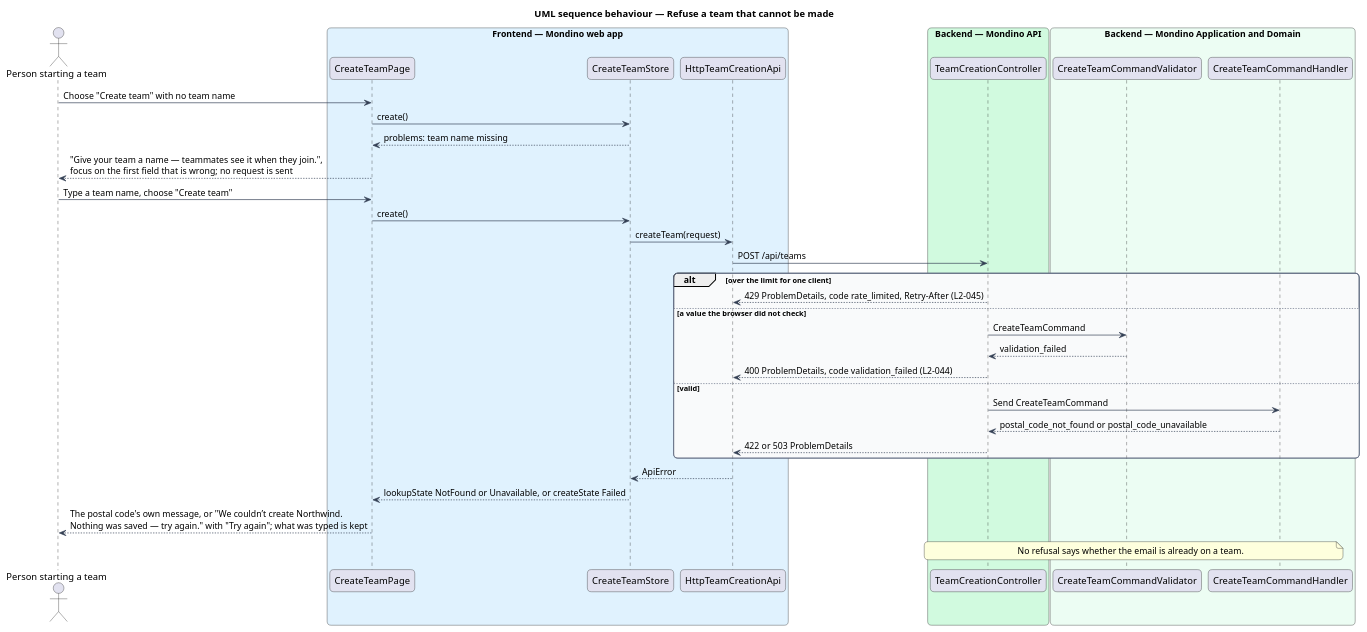
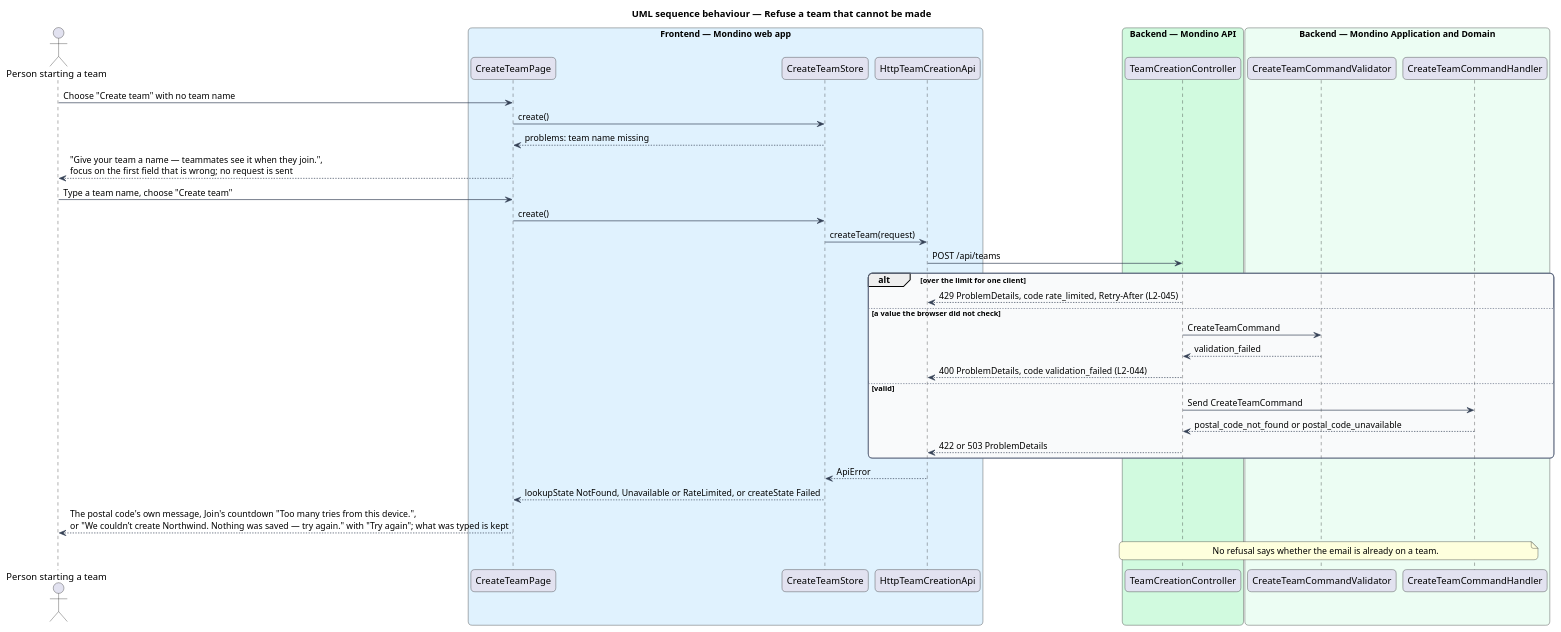
One commit to QuinntyneBrown/Mondino changed the diagram in docs/detailed-designs/joining/make-team/diagrams/sequence-refuse-team.puml. Above: the diagram before and after it, drawn with PlantUML. The commit also changed 31 other files, not shown here.

Commit message:
Draw Create Team's lookup states, keep only a fingerprint of the email and settle making a team's open points

```diff
--- a/docs/detailed-designs/joining/make-team/diagrams/sequence-refuse-team.puml
+++ b/docs/detailed-designs/joining/make-team/diagrams/sequence-refuse-team.puml
@@ -1,55 +1,55 @@
 @startuml
 title UML sequence behaviour — Refuse a team that cannot be made
 skinparam backgroundColor #FFFFFF
 skinparam shadowing false
 skinparam roundcorner 12
 skinparam defaultFontName Arial
 skinparam ArrowColor #344054
 skinparam rectangle {
   BorderColor #344054
   FontColor #101828
 }
 skinparam package {
   BorderColor #667085
   FontColor #101828
   BackgroundColor #F9FAFB
 }
 actor "Person starting a team" as actor
 box "Frontend — Mondino web app" #E0F2FE
   participant "CreateTeamPage" as page
   participant "CreateTeamStore" as store
   participant "HttpTeamCreationApi" as client
 end box
 box "Backend — Mondino API" #D1FADF
   participant "TeamCreationController" as controller
 end box
 box "Backend — Mondino Application and Domain" #ECFDF3
   participant "CreateTeamCommandValidator" as validator
   participant "CreateTeamCommandHandler" as handler
 end box
 actor -> page : Choose "Create team" with no team name
 page -> store : create()
 store --> page : problems: team name missing
 page --> actor : "Give your team a name — teammates see it when they join.",\nfocus on the first field that is wrong; no request is sent
 actor -> page : Type a team name, choose "Create team"
 page -> store : create()
 store -> client : createTeam(request)
 client -> controller : POST /api/teams
 alt over the limit for one client
   controller --> client : 429 ProblemDetails, code rate_limited, Retry-After (L2-045)
 else a value the browser did not check
   controller -> validator : CreateTeamCommand
   validator --> controller : validation_failed
   controller --> client : 400 ProblemDetails, code validation_failed (L2-044)
 else valid
   controller -> handler : Send CreateTeamCommand
   handler --> controller : postal_code_not_found or postal_code_unavailable
   controller --> client : 422 or 503 ProblemDetails
 end
 client --> store : ApiError
-store --> page : lookupState NotFound or Unavailable, or createState Failed
-page --> actor : The postal code's own message, or "We couldn’t create Northwind.\nNothing was saved — try again." with "Try again"; what was typed is kept
+store --> page : lookupState NotFound, Unavailable or RateLimited, or createState Failed
+page --> actor : The postal code's own message, Join's countdown "Too many tries from this device.",\nor "We couldn’t create Northwind. Nothing was saved — try again." with "Try again"; what was typed is kept
 note over controller, handler
   No refusal says whether the email is already on a team.
 end note
 @enduml
```
